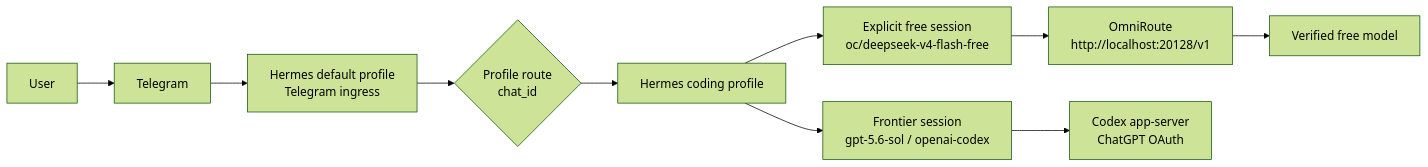
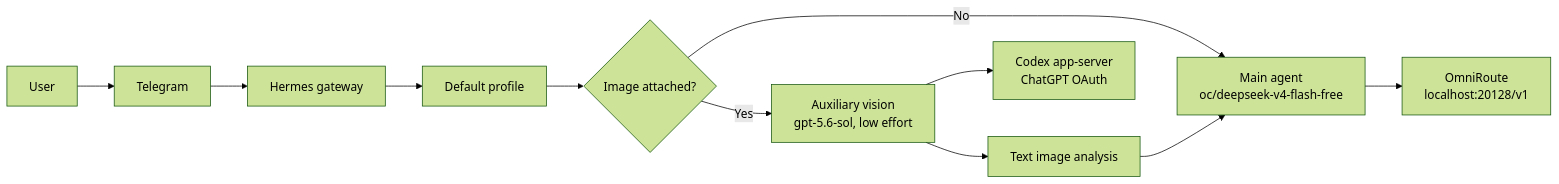
Before and after one commit to saski/augmentedcode-configuration: the first of 2 diagrams in docs/hermes-omniroute-operations.md, drawn with Mermaid (forest theme). The commit also changed other lines of this file and 3 other files, not shown here.

````diff
--- a/docs/hermes-omniroute-operations.md
+++ b/docs/hermes-omniroute-operations.md
@@ -11,14 +13,15 @@
 ```mermaid
 flowchart LR
     user["User"] --> telegram["Telegram"]
-    telegram --> ingress["Hermes default profile\nTelegram ingress"]
-    ingress --> route{"Profile route\nchat_id"}
-    route --> coding["Hermes coding profile"]
+    telegram --> gateway["Hermes gateway"]
+    gateway --> profile["Default profile"]
+    profile --> input{"Image attached?"}
 
-    coding --> frontier["Frontier session\ngpt-5.6-sol / openai-codex"]
-    coding --> free["Explicit free session\noc/deepseek-v4-flash-free"]
-    free --> omniroute["OmniRoute\nhttp://localhost:20128/v1"]
+    input -->|No| free["Main agent\noc/deepseek-v4-flash-free"]
+    input -->|Yes| vision["Auxiliary vision\ngpt-5.6-sol, low effort"]
+    vision --> summary["Text image analysis"]
+    summary --> free
 
-    frontier --> codex["Codex app-server\nChatGPT OAuth"]
-    omniroute --> model["Verified free model"]
+    free --> omniroute["OmniRoute\nlocalhost:20128/v1"]
+    vision --> codex["Codex app-server\nChatGPT OAuth"]
 ```
````
